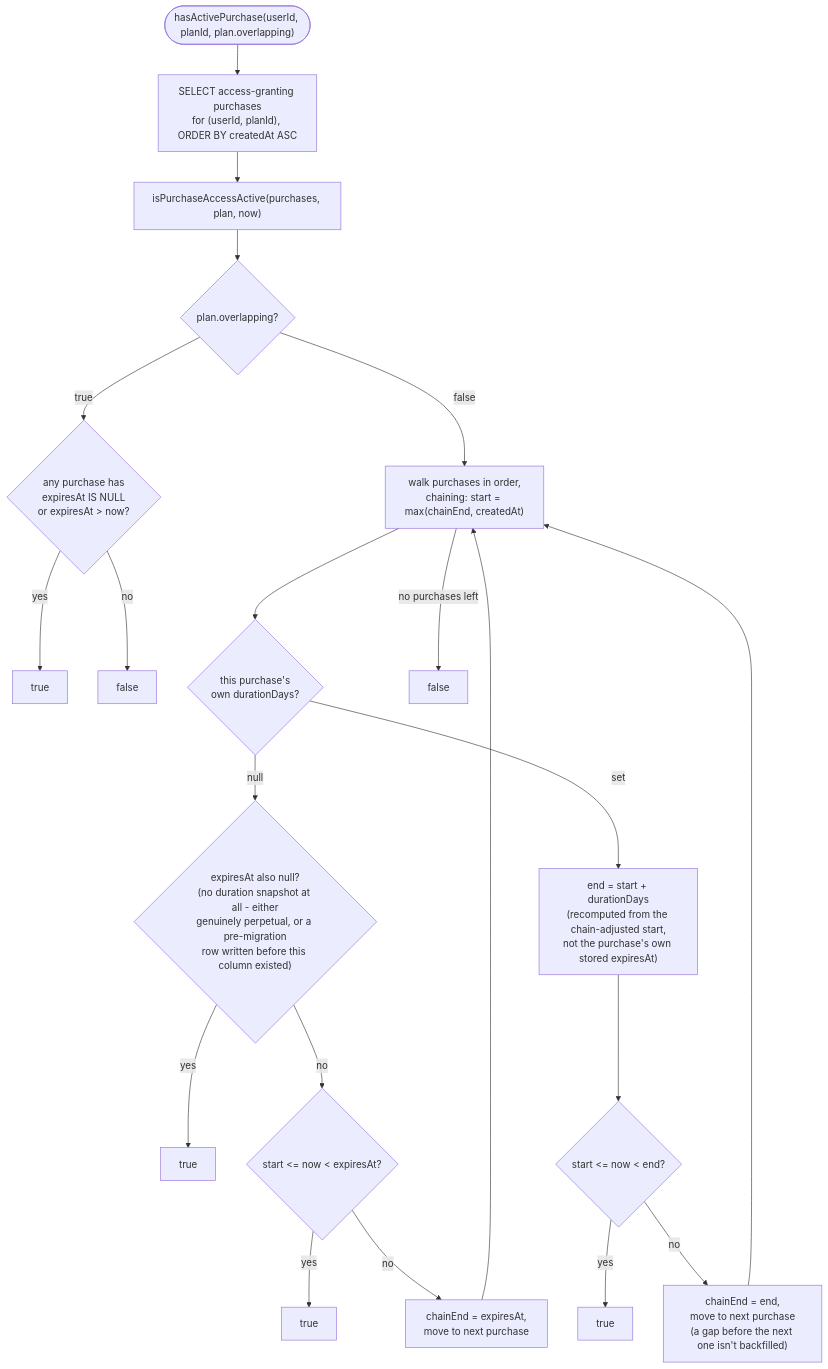
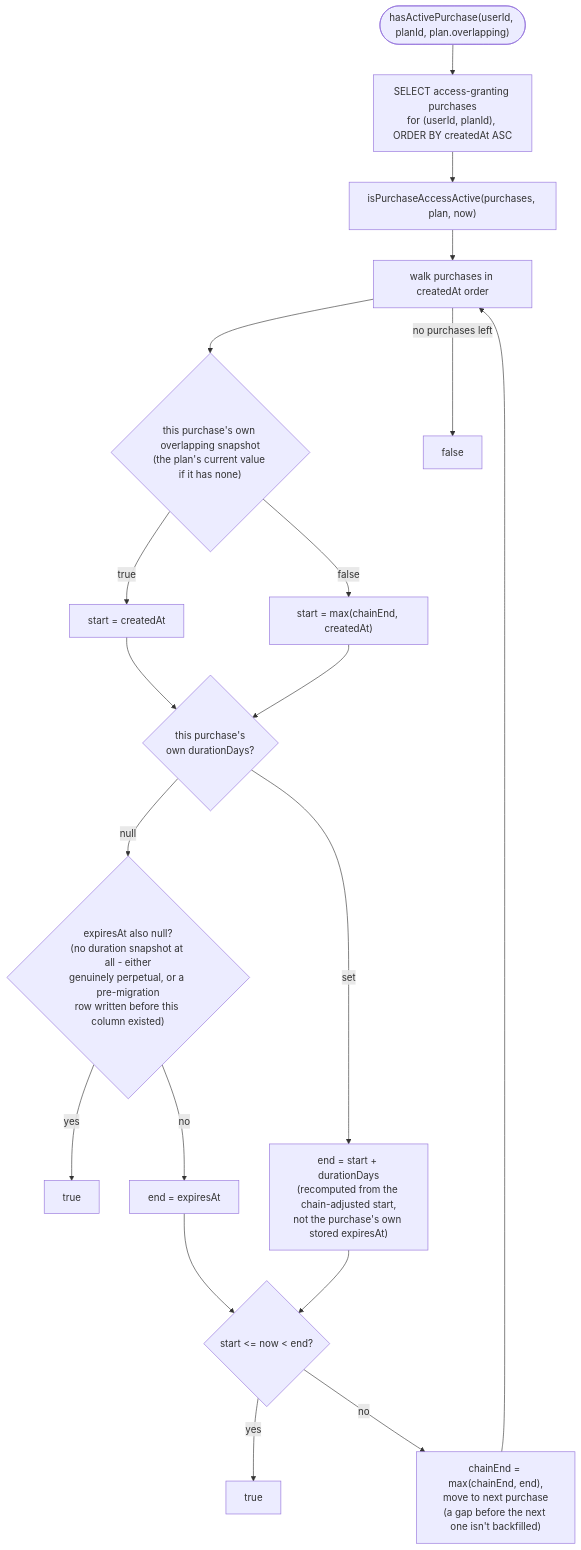
One commit to FranciscoAVD/backend changed the eighth of 9 diagrams in src/features/payments/CONTROL_FLOW.md. Above: the diagram before and after it, drawn with Mermaid. The commit also changed other lines of this file and 10 other files, not shown here.

First line of the commit message:
Snapshot overlapping per purchase so plan edits can't rewrite access

````diff
--- a/src/features/payments/CONTROL_FLOW.md
+++ b/src/features/payments/CONTROL_FLOW.md
@@ -455,25 +459,22 @@
 ```mermaid
 flowchart TD
     Start(["hasActivePurchase(userId, planId, plan.overlapping)"]) --> Fetch["SELECT access-granting purchases\nfor (userId, planId), ORDER BY createdAt ASC"]
     Fetch --> IsPurchaseAccessActive["isPurchaseAccessActive(purchases, plan, now)"]
-    IsPurchaseAccessActive --> Overlap{"plan.overlapping?"}
-
-    Overlap -- true --> AnyActive{"any purchase has\nexpiresAt IS NULL\nor expiresAt > now?"}
-    AnyActive -- yes --> True1["true"]
-    AnyActive -- no --> False1["false"]
-
-    Overlap -- false --> Walk["walk purchases in order,\nchaining: start = max(chainEnd, createdAt)"]
-    Walk --> PerDuration{"this purchase's\nown durationDays?"}
+    IsPurchaseAccessActive --> Walk["walk purchases in createdAt order"]
+    Walk --> Overlap{"this purchase's own overlapping snapshot\n(the plan's current value if it has none)"}
+    Overlap -- true --> OwnStart["start = createdAt"]
+    Overlap -- false --> Chained["start = max(chainEnd, createdAt)"]
+    OwnStart --> PerDuration
+    Chained --> PerDuration
+    PerDuration{"this purchase's\nown durationDays?"}
     PerDuration -- "null" --> ExpiresNull{"expiresAt also null?\n(no duration snapshot at all - either\ngenuinely perpetual, or a pre-migration\nrow written before this column existed)"}
     ExpiresNull -- yes --> True2["true"]
-    ExpiresNull -- no --> InExpiresWindow{"start <= now < expiresAt?"}
-    InExpiresWindow -- yes --> True2b["true"]
-    InExpiresWindow -- no --> Advance2["chainEnd = expiresAt,\nmove to next purchase"]
-    Advance2 --> Walk
+    ExpiresNull -- no --> EndExp["end = expiresAt"]
     PerDuration -- "set" --> Recompute["end = start + durationDays\n(recomputed from the chain-adjusted start,\nnot the purchase's own stored expiresAt)"]
+    EndExp --> InWindow
     Recompute --> InWindow{"start <= now < end?"}
     InWindow -- yes --> True3["true"]
-    InWindow -- no --> Advance["chainEnd = end,\nmove to next purchase\n(a gap before the next one isn't backfilled)"]
+    InWindow -- no --> Advance["chainEnd = max(chainEnd, end),\nmove to next purchase\n(a gap before the next one isn't backfilled)"]
     Advance --> Walk
     Walk -->|no purchases left| False3["false"]
 ```
````
